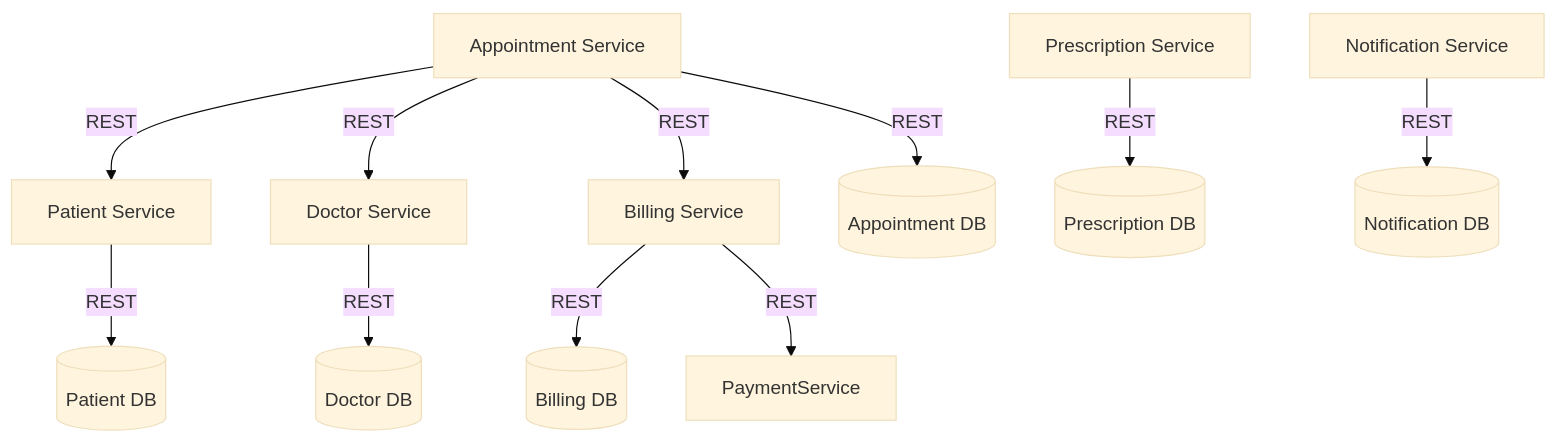
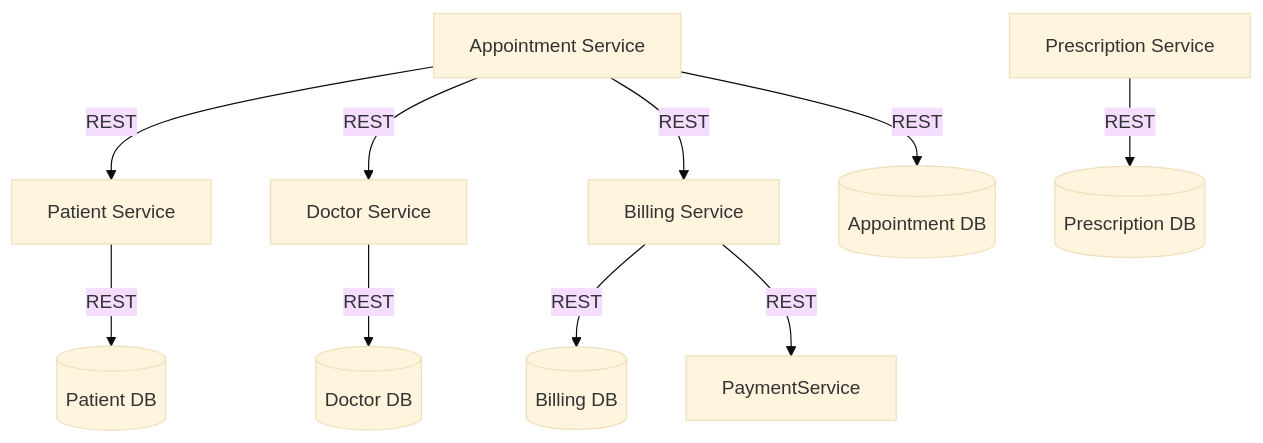
Before and after one commit to mdadilansari/Scalable-Services-Assignment-HMS-App: the first of 8 diagrams in ARCHITECTURE.md, drawn with Mermaid (base theme). The commit also changed other lines of this file, not shown here.

Commit message:
chnages in architecture

````diff
--- a/ARCHITECTURE.md
+++ b/ARCHITECTURE.md
@@ -9,26 +9,23 @@
 ```mermaid
 graph TD
     PatientService[Patient Service]
     DoctorService[Doctor Service]
     AppointmentService[Appointment Service]
     BillingService[Billing Service]
     PrescriptionService[Prescription Service]
-    NotificationService[Notification Service]
     PatientDB[(Patient DB)]
     DoctorDB[(Doctor DB)]
     AppointmentDB[(Appointment DB)]
     BillingDB[(Billing DB)]
     PrescriptionDB[(Prescription DB)]
-    NotificationDB[(Notification DB)]
 
     PatientService -- REST --> PatientDB
     DoctorService -- REST --> DoctorDB
     AppointmentService -- REST --> AppointmentDB
     BillingService -- REST --> BillingDB
     PrescriptionService -- REST --> PrescriptionDB
-    NotificationService -- REST --> NotificationDB
     AppointmentService -- REST --> PatientService
     AppointmentService -- REST --> DoctorService
     AppointmentService -- REST --> BillingService
     BillingService -- REST --> PaymentService
 ```
````
